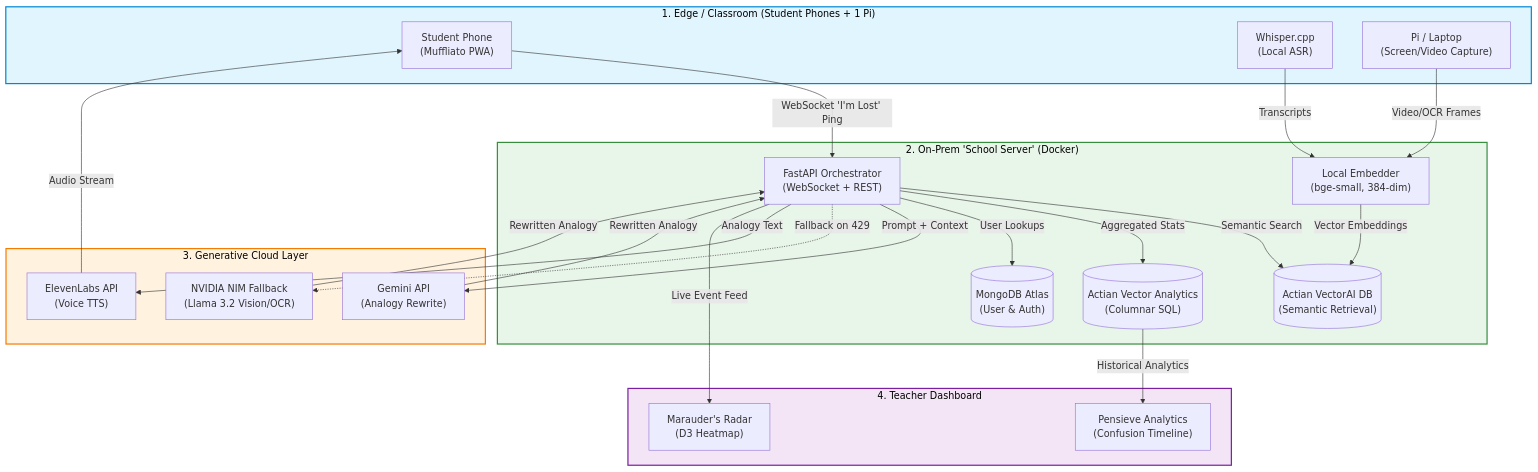
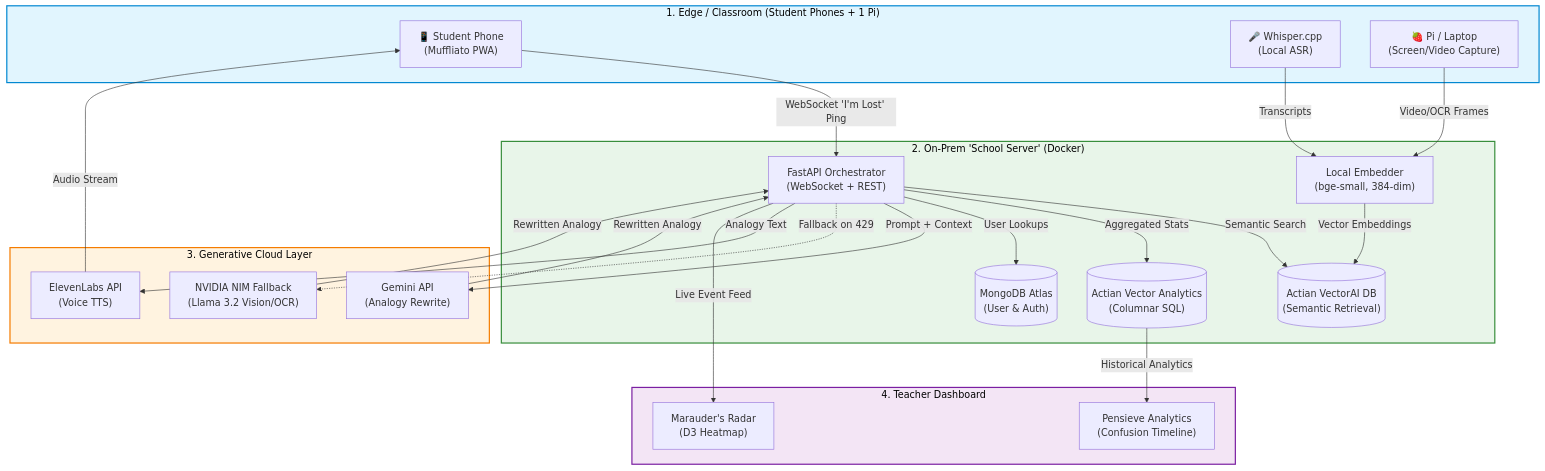
Before and after one commit to Sourodyuti/TeamTraction: the diagram in README.md, drawn with Mermaid. The commit also changed other lines of this file and 2 other files, not shown here.

````diff
--- a/README.md
+++ b/README.md
@@ -52,63 +56,63 @@
 ```mermaid
 flowchart TD
   %% Edge / Classroom Layer
   subgraph EDGE ["1. Edge / Classroom (Student Phones + 1 Pi)"]
-    P1[" Student Phone<br/>(Muffliato PWA)"]
-    P2[" Whisper.cpp<br/>(Local ASR)"]
-    P3[" Pi / Laptop<br/>(Screen/Video Capture)"]
+    P1["📱 Student Phone<br/>(Muffliato PWA)"]
+    P2["🎤 Whisper.cpp<br/>(Local ASR)"]
+    P3["🍓 Pi / Laptop<br/>(Screen/Video Capture)"]
   end
 
   %% On-Prem School Server Layer
   subgraph CORE ["2. On-Prem 'School Server' (Docker)"]
     API["FastAPI Orchestrator<br/>(WebSocket + REST)"]
     EMB["Local Embedder<br/>(bge-small, 384-dim)"]
     ADB[("Actian VectorAI DB<br/>(Semantic Retrieval)")]
     AVEC[("Actian Vector Analytics<br/>(Columnar SQL)")]
     MONGO[("MongoDB Atlas<br/>(User & Auth)")]
   end
 
   %% Generative Cloud Layer
   subgraph CLOUD ["3. Generative Cloud Layer"]
     GEM["Gemini API<br/>(Analogy Rewrite)"]
     NVIDIA["NVIDIA NIM Fallback<br/>(Llama 3.2 Vision/OCR)"]
     ELE["ElevenLabs API<br/>(Voice TTS)"]
   end
 
   %% Teacher Dashboard Layer
   subgraph UI ["4. Teacher Dashboard"]
     RAD["Marauder's Radar<br/>(D3 Heatmap)"]
     PEN["Pensieve Analytics<br/>(Confusion Timeline)"]
   end
 
   %% Data Flow Connections
   P1 -- "WebSocket 'I'm Lost' Ping" --> API
   P2 -- "Transcripts" --> EMB
   P3 -- "Video/OCR Frames" --> EMB
   
   EMB -- "Vector Embeddings" --> ADB
   API -- "Semantic Search" --> ADB
   API -- "Aggregated Stats" --> AVEC
   API -- "User Lookups" --> MONGO
   
   API -- "Prompt + Context" --> GEM
   API -. "Fallback on 429" .-> NVIDIA
   GEM -- "Rewritten Analogy" --> API
   NVIDIA -- "Rewritten Analogy" --> API
   
   API -- "Analogy Text" --> ELE
   ELE -- "Audio Stream" --> P1
   
   API -- "Live Event Feed" --> RAD
   AVEC -- "Historical Analytics" --> PEN
 
   %% Styling
   classDef edge fill:#e1f5fe,stroke:#0288d1,stroke-width:2px,color:#000
   classDef core fill:#e8f5e9,stroke:#388e3c,stroke-width:2px,color:#000
   classDef cloud fill:#fff3e0,stroke:#f57c00,stroke-width:2px,color:#000
   classDef ui fill:#f3e5f5,stroke:#7b1fa2,stroke-width:2px,color:#000
   
   class EDGE edge
   class CORE core
   class CLOUD cloud
   class UI ui
 ```
````
